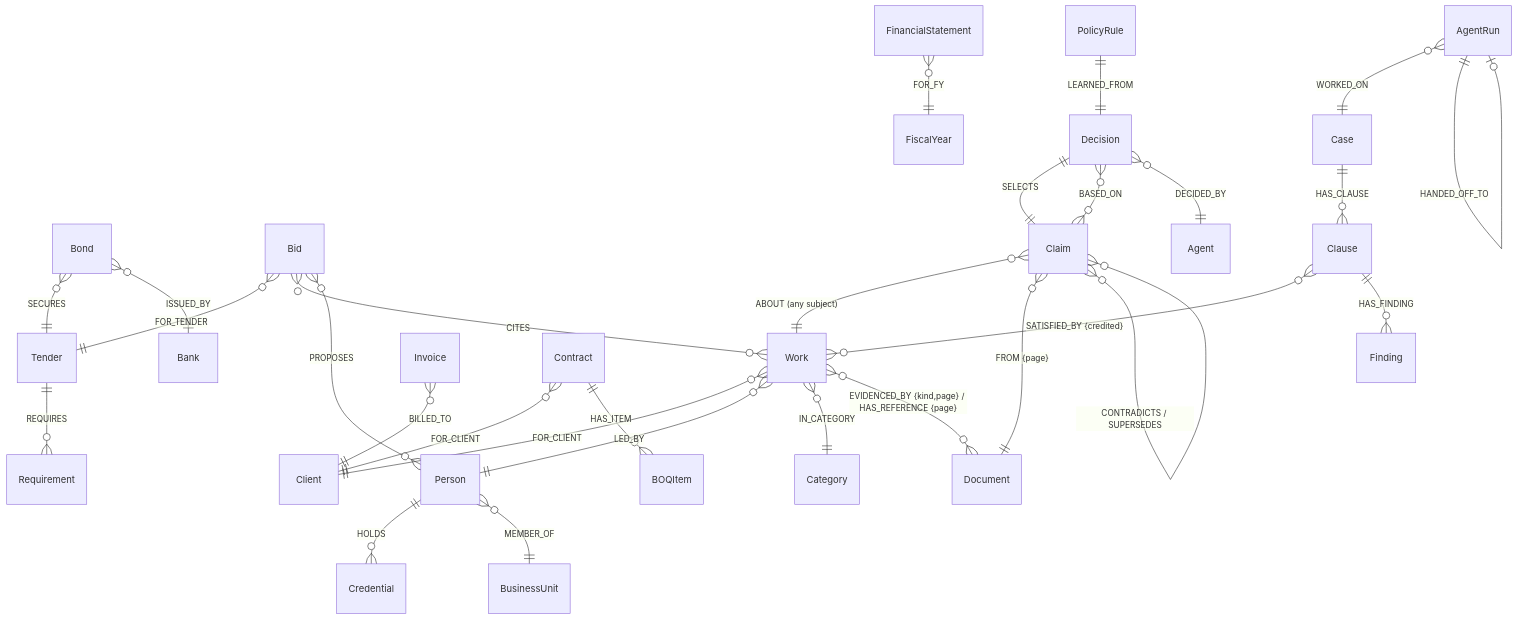
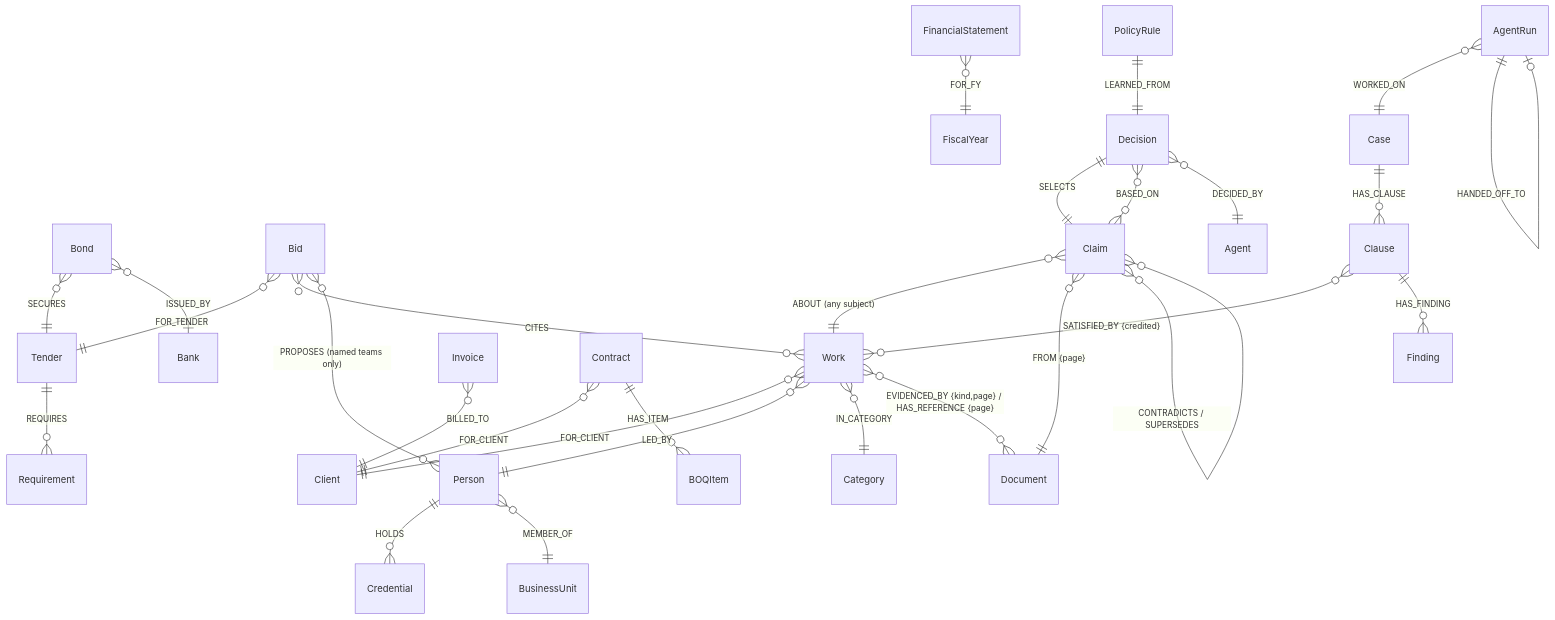
Before and after one commit to atharvgaur1845/bidbrain: the second of 2 diagrams in README.md, drawn with Mermaid. The commit also changed other lines of this file and 65 other files, not shown here.

````diff
--- a/README.md
+++ b/README.md
@@ -84,31 +84,31 @@
 ```mermaid
 erDiagram
   Work }o--|| Client : FOR_CLIENT
   Work }o--|| Person : LED_BY
   Work }o--|| Category : IN_CATEGORY
   Work }o--o{ Document : "EVIDENCED_BY {kind,page} / HAS_REFERENCE {page}"
   Person ||--o{ Credential : HOLDS
   Person }o--|| BusinessUnit : MEMBER_OF
   Tender ||--o{ Requirement : REQUIRES
   Bond }o--|| Tender : SECURES
   Bond }o--|| Bank : ISSUED_BY
   Invoice }o--|| Client : BILLED_TO
   Contract }o--|| Client : FOR_CLIENT
   Contract ||--o{ BOQItem : HAS_ITEM
   FinancialStatement }o--|| FiscalYear : FOR_FY
   Bid }o--|| Tender : FOR_TENDER
   Bid }o--o{ Work : CITES
-  Bid }o--o{ Person : PROPOSES
+  Bid }o--o{ Person : "PROPOSES (named teams only)"
   Claim }o--|| Work : "ABOUT (any subject)"
   Claim }o--|| Document : "FROM {page}"
   Claim }o--o{ Claim : "CONTRADICTS / SUPERSEDES"
   Decision ||--|| Claim : SELECTS
   Decision }o--o{ Claim : BASED_ON
   Decision }o--|| Agent : DECIDED_BY
   PolicyRule ||--|| Decision : LEARNED_FROM
   Case ||--o{ Clause : HAS_CLAUSE
   Clause }o--o{ Work : "SATISFIED_BY {credited}"
   Clause ||--o{ Finding : HAS_FINDING
   AgentRun }o--|| Case : WORKED_ON
   AgentRun ||--o| AgentRun : HANDED_OFF_TO
 ```
````
